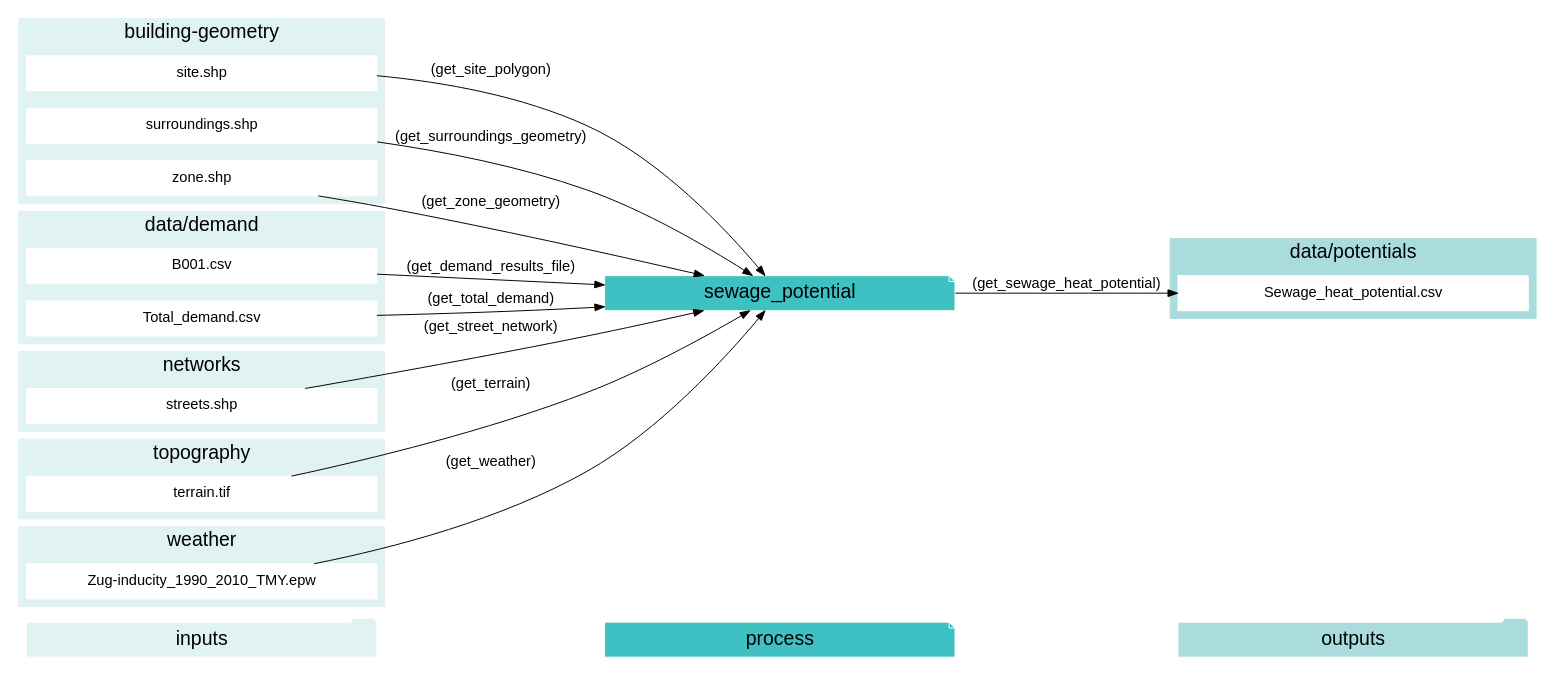
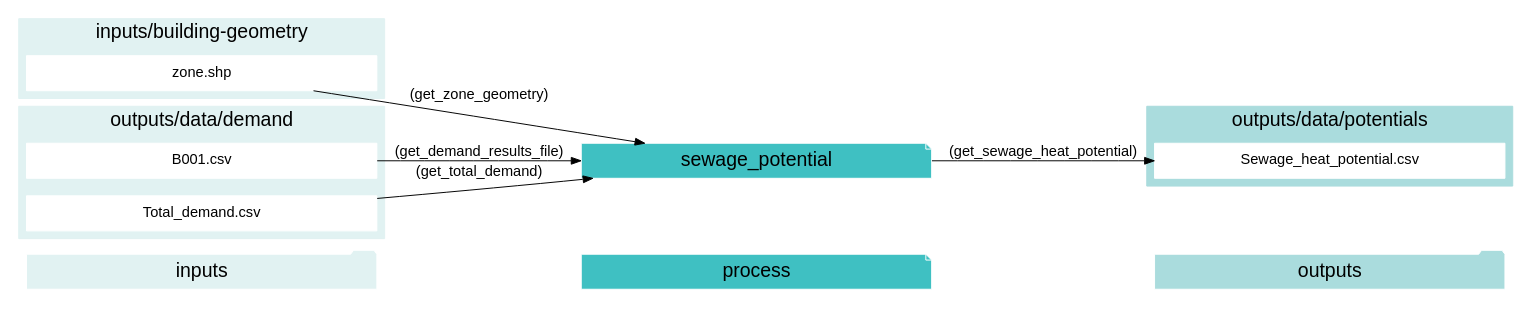
The seventh of 23 diagrams in docs/script-data-flow.rst (architecture-building-systems/CityEnergyAnalyst), drawn with Graphviz before and after one commit. The commit also changed other lines of this file and 25 other files, not shown here.

Commit message:
cleaning up cea-doc graphviz

```diff
--- a/docs/script-data-flow.rst
+++ b/docs/script-data-flow.rst
@@ -603,79 +440,48 @@
 .. graphviz::
 
-    digraph trace_inputlocator {
+    digraph sewage_potential {
     rankdir="LR";
     graph [overlap=false, fontname=arial];
     node [shape=box, style=filled, color=white, fontsize=15, fontname=arial, fixedsize=true, width=5];
     edge [fontname=arial, fontsize = 15]
     newrank=true
     subgraph cluster_legend {
     fontsize=25
     style=invis
     "process"[style=filled, fillcolor="#3FC0C2", shape=note, fontsize=20, fontname="arial"]
     "inputs" [style=filled, shape=folder, color=white, fillcolor="#E1F2F2", fontsize=20]
     "outputs"[style=filled, shape=folder, color=white, fillcolor="#aadcdd", fontsize=20]
     "inputs"->"process"[style=invis]
     "process"->"outputs"[style=invis]
     }
     "sewage_potential"[style=filled, color=white, fillcolor="#3FC0C2", shape=note, fontsize=20, fontname=arial];
     subgraph cluster_0_in {
         style = filled;
         color = "#E1F2F2";
         fontsize = 20;
         rank=same;
-        label="building-geometry";
-        "site.shp"
-        "surroundings.shp"
+        label="inputs/building-geometry";
         "zone.shp"
     }
     subgraph cluster_1_in {
         style = filled;
         color = "#E1F2F2";
         fontsize = 20;
         rank=same;
-        label="data/demand";
+        label="outputs/data/demand";
         "B001.csv"
         "Total_demand.csv"
     }
     subgraph cluster_2_out {
         style = filled;
         color = "#aadcdd";
         fontsize = 20;
         rank=same;
-        label="data/potentials";
+        label="outputs/data/potentials";
         "Sewage_heat_potential.csv"
     }
-    subgraph cluster_3_in {
-        style = filled;
-        color = "#E1F2F2";
-        fontsize = 20;
-        rank=same;
-        label="networks";
-        "streets.shp"
-    }
-    subgraph cluster_4_in {
-        style = filled;
-        color = "#E1F2F2";
-        fontsize = 20;
-        rank=same;
-        label="topography";
-        "terrain.tif"
-    }
-    subgraph cluster_5_in {
-        style = filled;
-        color = "#E1F2F2";
-        fontsize = 20;
-        rank=same;
-        label="weather";
-        "Zug-inducity_1990_2010_TMY.epw"
-    }
     "B001.csv" -> "sewage_potential"[label="(get_demand_results_file)"]
-    "site.shp" -> "sewage_potential"[label="(get_site_polygon)"]
-    "streets.shp" -> "sewage_potential"[label="(get_street_network)"]
-    "surroundings.shp" -> "sewage_potential"[label="(get_surroundings_geometry)"]
-    "terrain.tif" -> "sewage_potential"[label="(get_terrain)"]
     "Total_demand.csv" -> "sewage_potential"[label="(get_total_demand)"]
-    "Zug-inducity_1990_2010_TMY.epw" -> "sewage_potential"[label="(get_weather)"]
     "zone.shp" -> "sewage_potential"[label="(get_zone_geometry)"]
     "sewage_potential" -> "Sewage_heat_potential.csv"[label="(get_sewage_heat_potential)"]
     }
```
